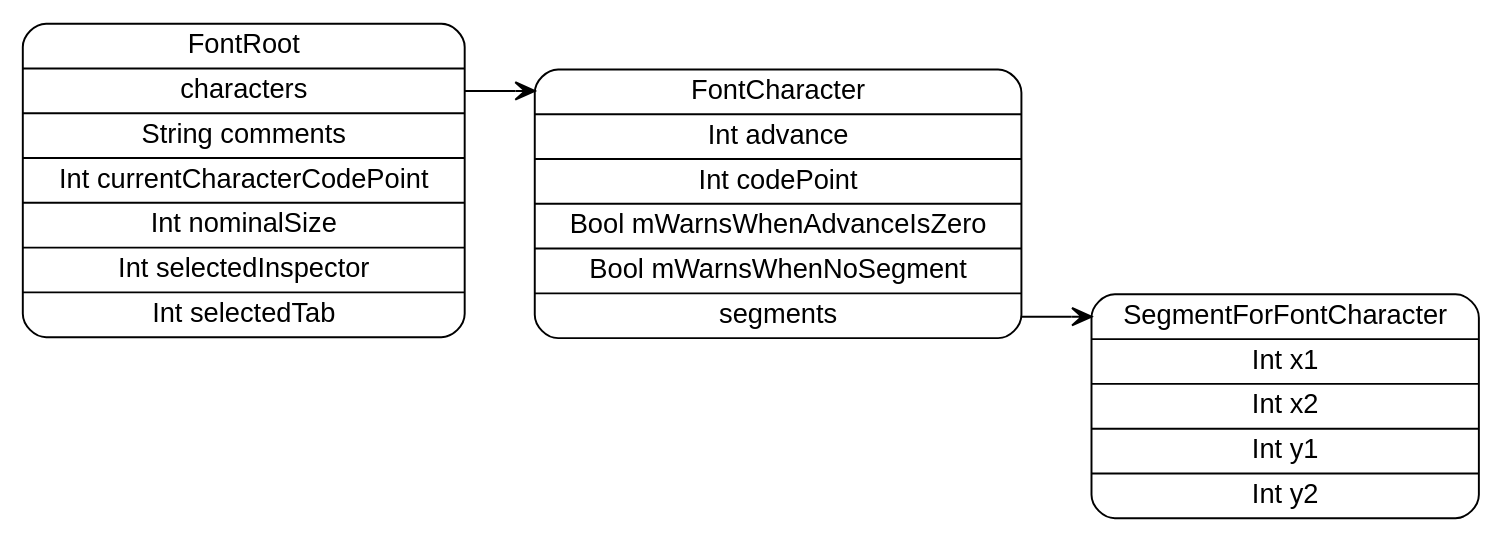
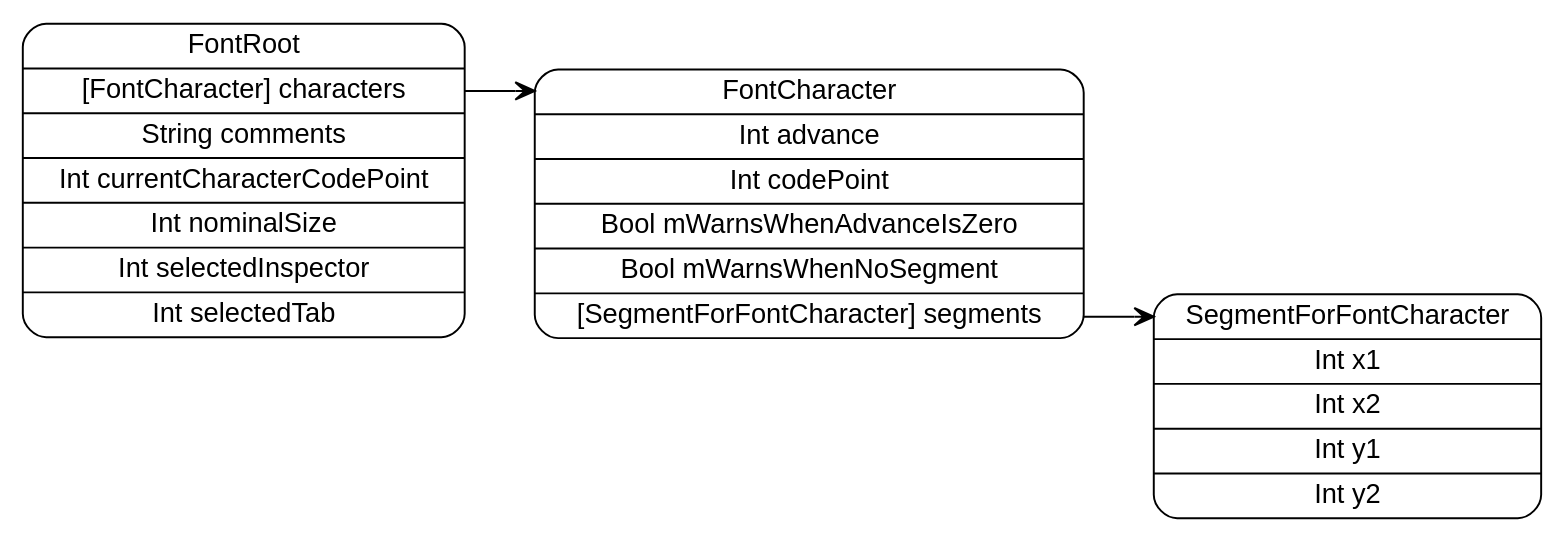
One commit to pierremolinaro/ElCanari-dev changed the diagram in models/FontRoot.dot. Above: the diagram before and after it, drawn with Graphviz. The commit also changed 14 other files, not shown here.

```diff
--- a/models/FontRoot.dot
+++ b/models/FontRoot.dot
@@ -1,9 +1,9 @@
 digraph G {
   rankdir=LR ;
   node [shape=record fontname=helvetica style=rounded] ;
-  FontRoot[label="<FontRoot>FontRoot|<characters>characters|String comments|Int currentCharacterCodePoint|Int nominalSize|Int selectedInspector|Int selectedTab"] ;
-  FontCharacter[label="<FontCharacter>FontCharacter|Int advance|Int codePoint|Bool mWarnsWhenAdvanceIsZero|Bool mWarnsWhenNoSegment|<segments>segments"] ;
+  FontRoot[label="<FontRoot>FontRoot|<characters>[FontCharacter] characters|String comments|Int currentCharacterCodePoint|Int nominalSize|Int selectedInspector|Int selectedTab"] ;
+  FontCharacter[label="<FontCharacter>FontCharacter|Int advance|Int codePoint|Bool mWarnsWhenAdvanceIsZero|Bool mWarnsWhenNoSegment|<segments>[SegmentForFontCharacter] segments"] ;
   SegmentForFontCharacter[label="<SegmentForFontCharacter>SegmentForFontCharacter|Int x1|Int x2|Int y1|Int y2"] ;
   FontRoot:characters -> FontCharacter:FontCharacter [dir=both arrowtail=none arrowhead=vee] ;
   FontCharacter:segments -> SegmentForFontCharacter:SegmentForFontCharacter [dir=both arrowtail=none arrowhead=vee] ;
 }
```
